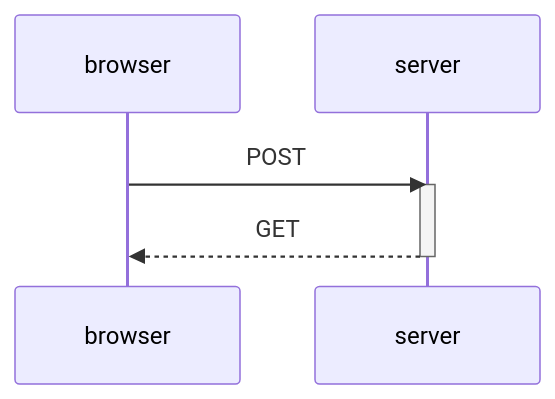
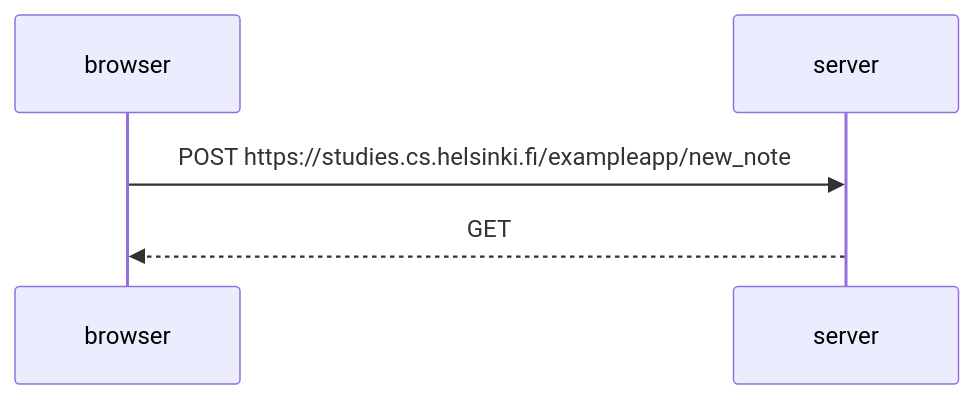
One commit to ruove/fullstackopen changed the diagram in osa0/teht04.md. Above: the diagram before and after it, drawn with Mermaid.

````diff
--- a/osa0/teht04.md
+++ b/osa0/teht04.md
@@ -1,11 +1,9 @@
 ```mermaid
 sequenceDiagram
     participant browser
     participant server
     
-    browser->>server: POST
-    activate server
+    browser->>server: POST https://studies.cs.helsinki.fi/exampleapp/new_note
     server-->>browser: GET
-    deactivate server
 
 ```
````
